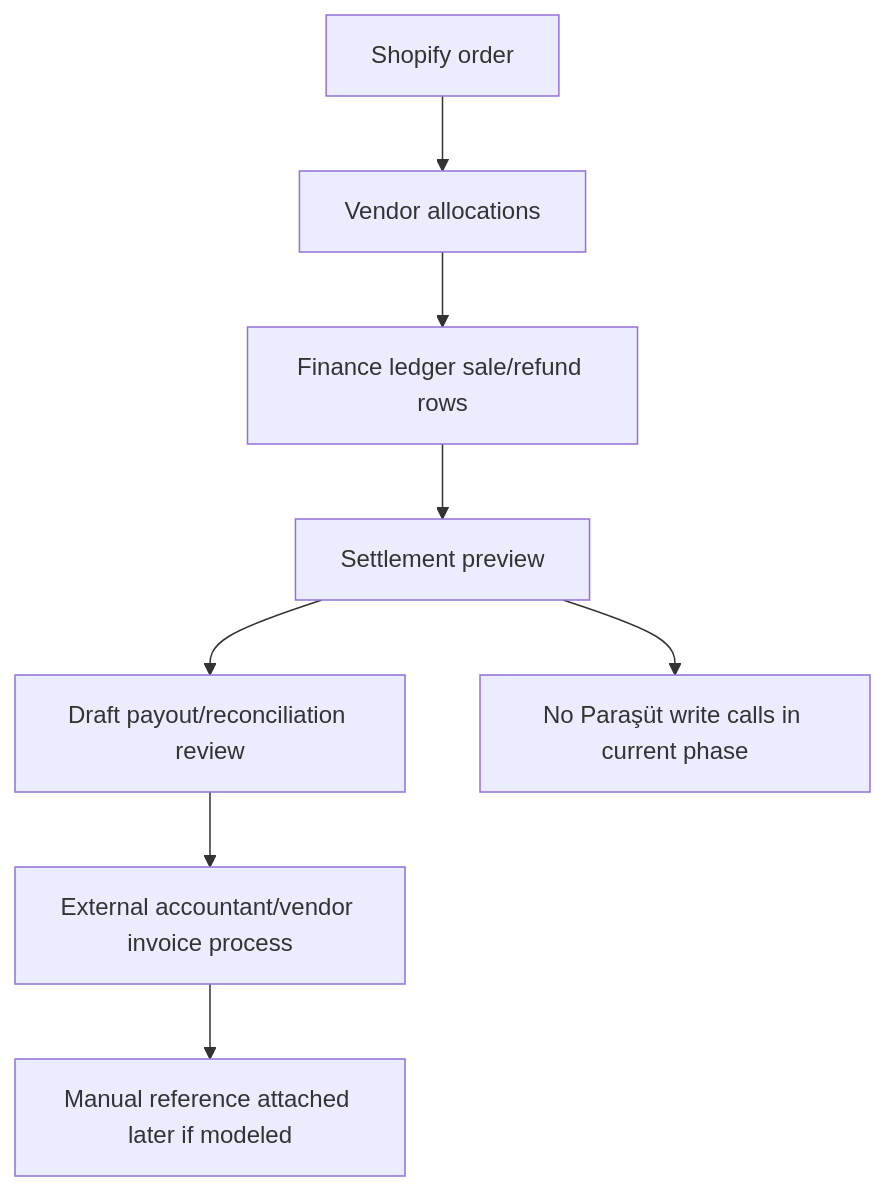
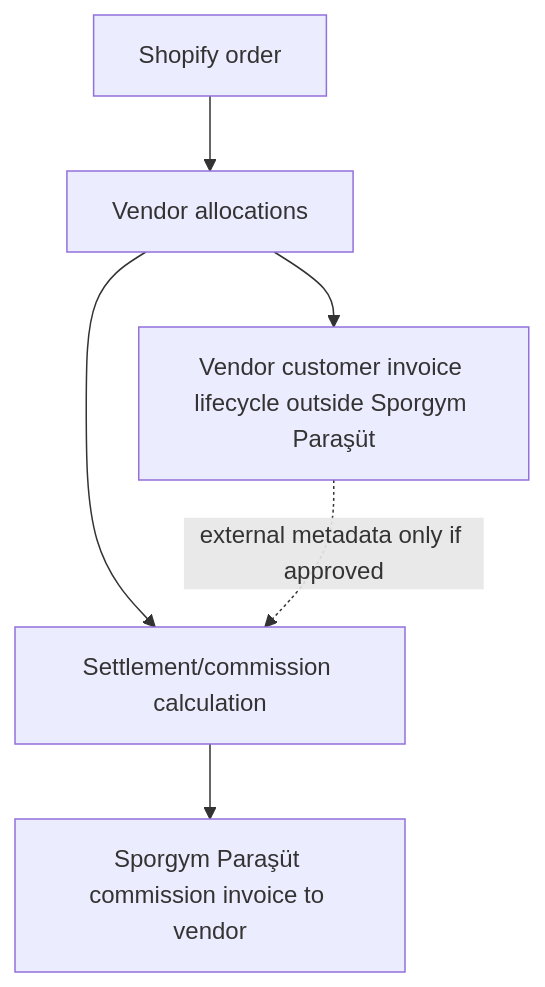
Before and after one commit to onurdpl/1vendor-dashboard: the third of 3 diagrams in docs/PARASUT_MARKETPLACE_DISCOVERY.md, drawn with Mermaid. The commit also changed other lines of this file, not shown here.

Commit message:
Align Paraşüt discovery with vendor MoR model

````diff
--- a/docs/PARASUT_MARKETPLACE_DISCOVERY.md
+++ b/docs/PARASUT_MARKETPLACE_DISCOVERY.md
@@ -704,10 +604,8 @@
 ```mermaid
 flowchart TD
   A["Shopify order"] --> B["Vendor allocations"]
-  B --> C["Finance ledger sale/refund rows"]
-  C --> D["Settlement preview"]
-  D --> E["Draft payout/reconciliation review"]
-  E --> F["External accountant/vendor invoice process"]
-  F --> G["Manual reference attached later if modeled"]
-  D --> H["No Paraşüt write calls in current phase"]
+  B --> C["Vendor customer invoice lifecycle outside Sporgym Paraşüt"]
+  B --> D["Settlement/commission calculation"]
+  D --> E["Sporgym Paraşüt commission invoice to vendor"]
+  C -. "external metadata only if approved" .-> D
 ```
````
